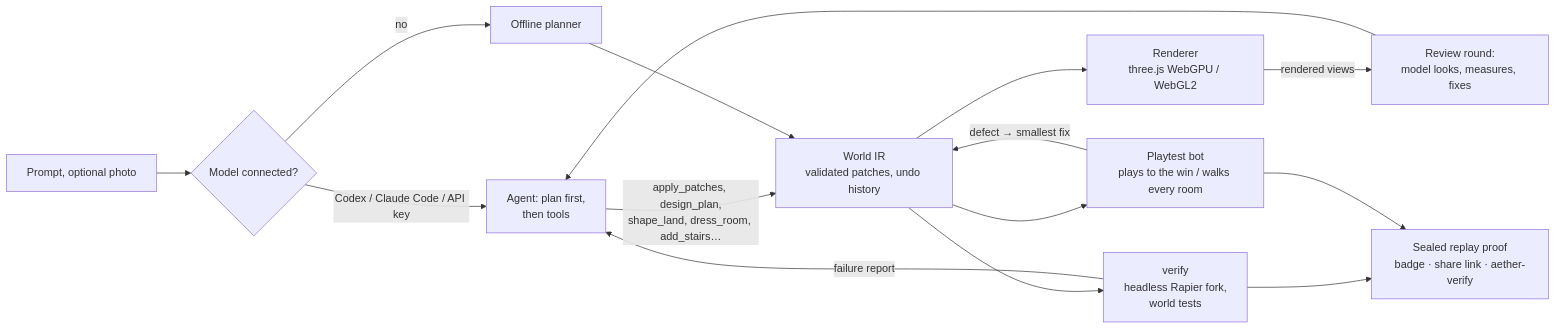
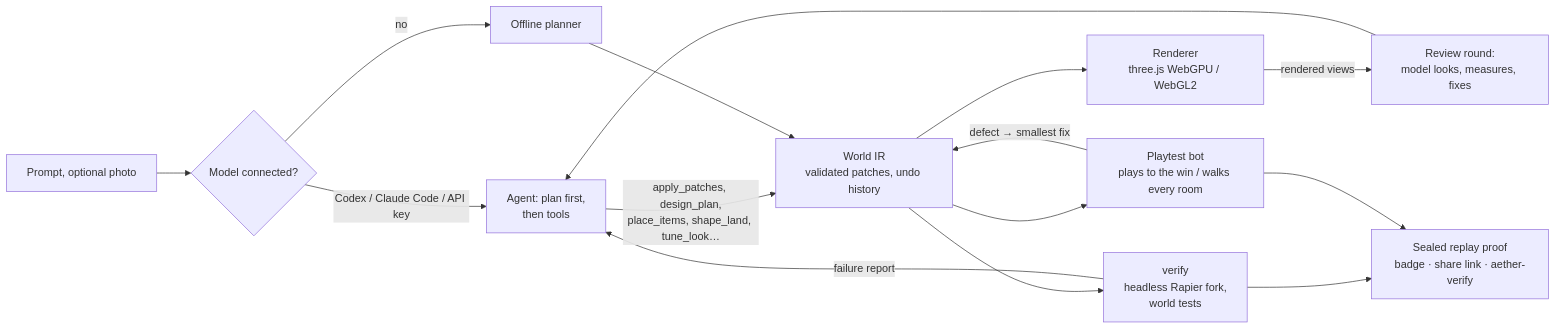
Before and after one commit to StarAtNyte/aether: the first of 2 diagrams in README.md, drawn with Mermaid. The commit also changed other lines of this file, not shown here.

Commit message:
README: tune_look, model-led photo judging, photo example rooms, graphics tiers and performance governor, scripts

````diff
--- a/README.md
+++ b/README.md
@@ -206,16 +225,16 @@
 ```mermaid
 flowchart LR
     P["Prompt, optional photo"] --> M{"Model connected?"}
     M -->|"Codex / Claude Code / API key"| AI["Agent: plan first,<br/>then tools"]
     M -->|no| OFF["Offline planner"]
-    AI -->|"apply_patches, design_plan,<br/>shape_land, dress_room, add_stairs…"| IR["World IR<br/>validated patches, undo history"]
+    AI -->|"apply_patches, design_plan,<br/>place_items, shape_land, tune_look…"| IR["World IR<br/>validated patches, undo history"]
     OFF --> IR
     IR --> R["Renderer<br/>three.js WebGPU / WebGL2"]
     IR --> V["verify<br/>headless Rapier fork,<br/>world tests"]
     IR --> B["Playtest bot<br/>plays to the win / walks every room"]
     R -->|"rendered views"| REV["Review round:<br/>model looks, measures, fixes"]
     V -->|failure report| AI
     B -->|"defect → smallest fix"| IR
     REV --> AI
     V & B --> S["Sealed replay proof<br/>badge · share link · aether-verify"]
 ```
````
